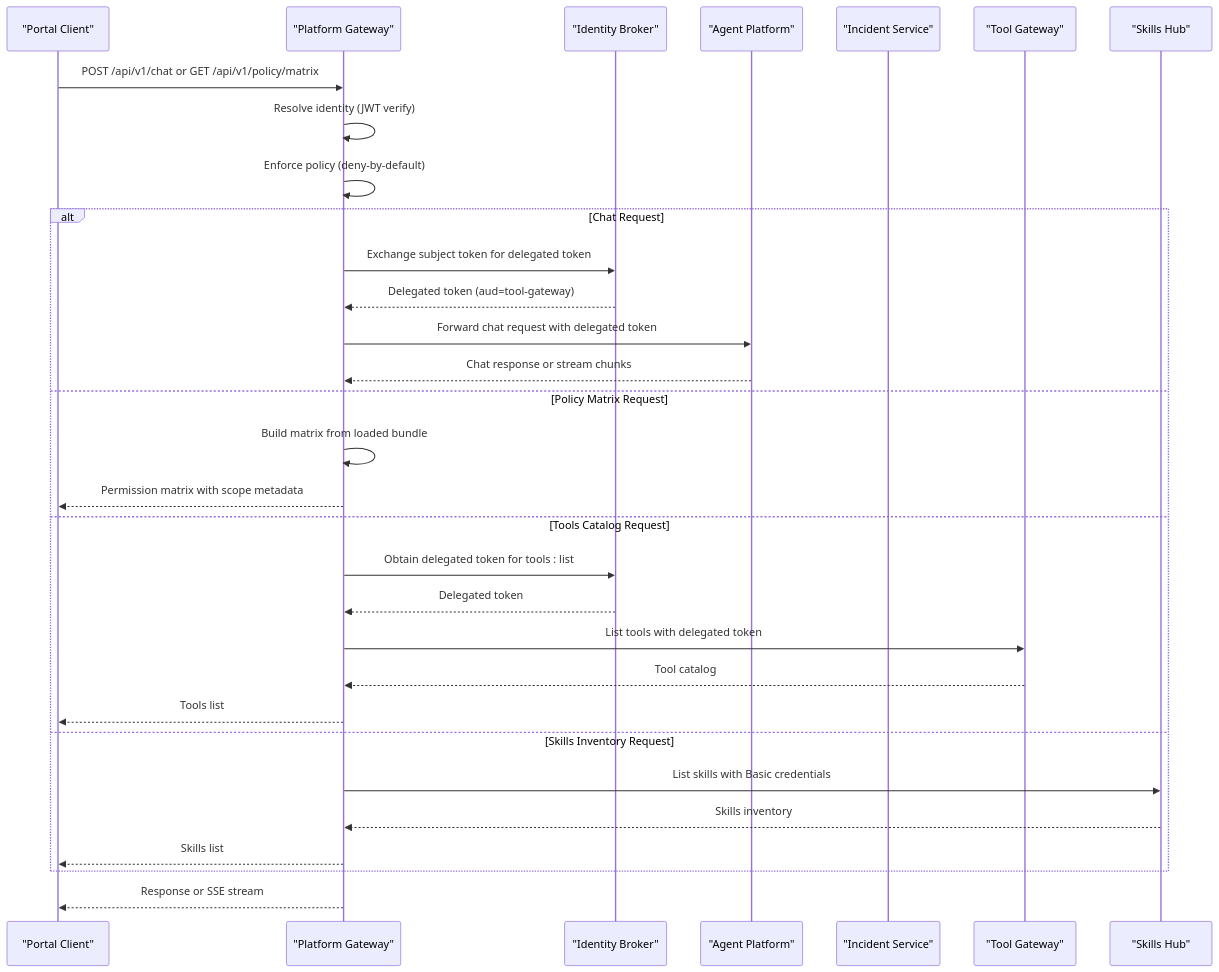
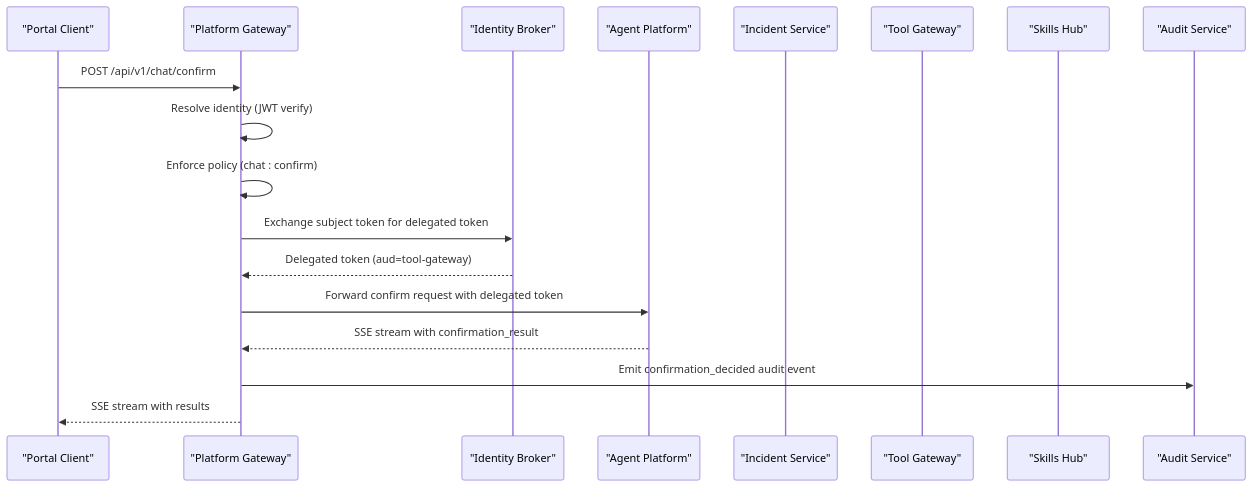
The second of 16 diagrams in .qoder/repowiki/en/content/Architecture Documentation/Platform Gateway Service.md (metasync/luban-aiops), drawn with Mermaid before and after one commit. The commit also changed other lines of this file and 24 other files, not shown here.

````diff
--- a/.qoder/repowiki/en/content/Architecture Documentation/Platform Gateway Service.md
+++ b/.qoder/repowiki/en/content/Architecture Documentation/Platform Gateway Service.md
@@ -213,33 +225,20 @@
 ```mermaid
 sequenceDiagram
 participant Portal as "Portal Client"
 participant GW as "Platform Gateway"
 participant ID as "Identity Broker"
 participant AG as "Agent Platform"
 participant IS as "Incident Service"
 participant TG as "Tool Gateway"
 participant SH as "Skills Hub"
-Portal->>GW : POST /api/v1/chat or GET /api/v1/policy/matrix
+participant AUD as "Audit Service"
+Portal->>GW : POST /api/v1/chat/confirm
 GW->>GW : Resolve identity (JWT verify)
-GW->>GW : Enforce policy (deny-by-default)
-alt Chat Request
+GW->>GW : Enforce policy (chat : confirm)
 GW->>ID : Exchange subject token for delegated token
 ID-->>GW : Delegated token (aud=tool-gateway)
-GW->>AG : Forward chat request with delegated token
-AG-->>GW : Chat response or stream chunks
-else Policy Matrix Request
-GW->>GW : Build matrix from loaded bundle
-GW-->>Portal : Permission matrix with scope metadata
-else Tools Catalog Request
-GW->>ID : Obtain delegated token for tools : list
-ID-->>GW : Delegated token
-GW->>TG : List tools with delegated token
-TG-->>GW : Tool catalog
-GW-->>Portal : Tools list
-else Skills Inventory Request
-GW->>SH : List skills with Basic credentials
-SH-->>GW : Skills inventory
-GW-->>Portal : Skills list
-end
-GW-->>Portal : Response or SSE stream
+GW->>AG : Forward confirm request with delegated token
+AG-->>GW : SSE stream with confirmation_result
+GW->>AUD : Emit confirmation_decided audit event
+GW-->>Portal : SSE stream with results
 ```
````
